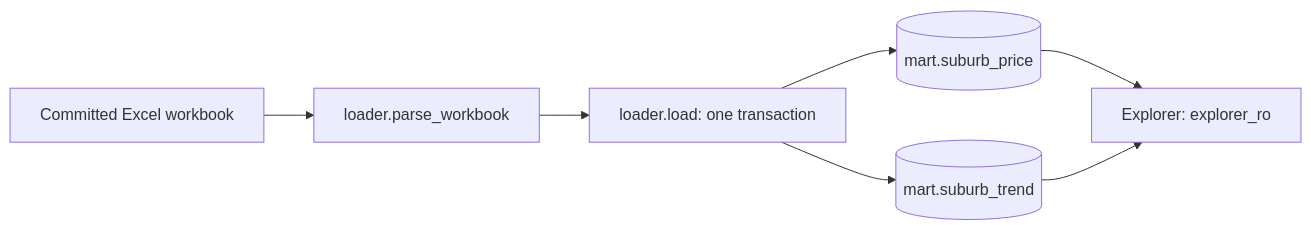
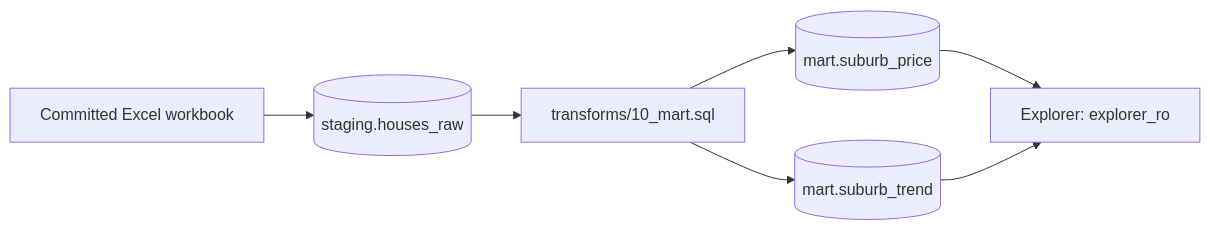
Before and after one commit to williamvoor/glassline: the diagram in vicprop/README.md, drawn with Mermaid. The commit also changed other lines of this file and 31 other files, not shown here.

````diff
--- a/vicprop/README.md
+++ b/vicprop/README.md
@@ -14,9 +14,9 @@
 ```mermaid
 flowchart LR
-    X[Committed Excel workbook] --> P[loader.parse_workbook]
-    P --> L[loader.load: one transaction]
-    L --> PRICE[(mart.suburb_price)]
-    L --> TREND[(mart.suburb_trend)]
+    X[Committed Excel workbook] --> S[(staging.houses_raw)]
+    S --> T[transforms/10_mart.sql]
+    T --> PRICE[(mart.suburb_price)]
+    T --> TREND[(mart.suburb_trend)]
     PRICE --> E[Explorer: explorer_ro]
     TREND --> E
 ```
````
